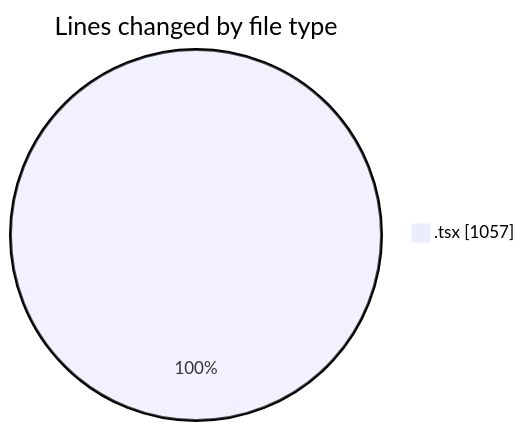
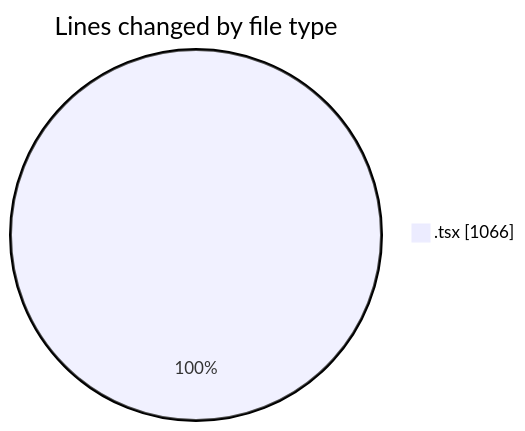
The first of 2 diagrams in 2026-06-21/nxtqube_webapp/README.md (nxtqubesakshisongat/code-tracking), drawn with Mermaid before and after one commit. The commit also changed other lines of this file and 1 other file, not shown here.

````diff
--- a/2026-06-21/nxtqube_webapp/README.md
+++ b/2026-06-21/nxtqube_webapp/README.md
@@ -20,5 +20,5 @@
 ```mermaid
 pie showData
 title Lines changed by file type
-".tsx" : 1057
+".tsx" : 1066
 ```
````
